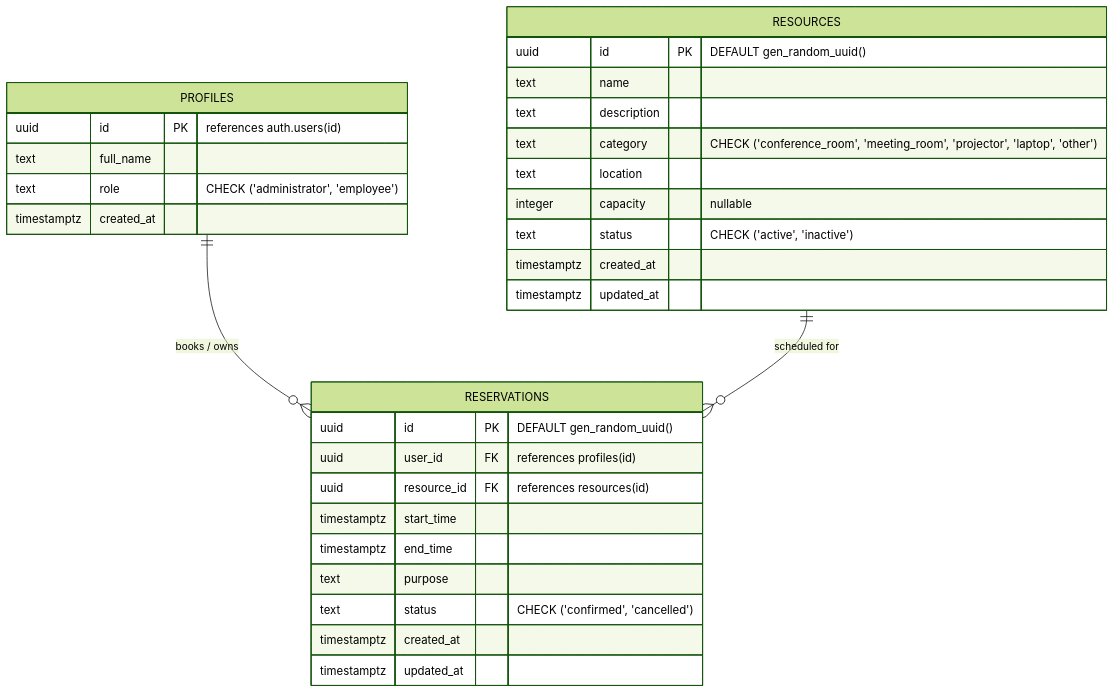
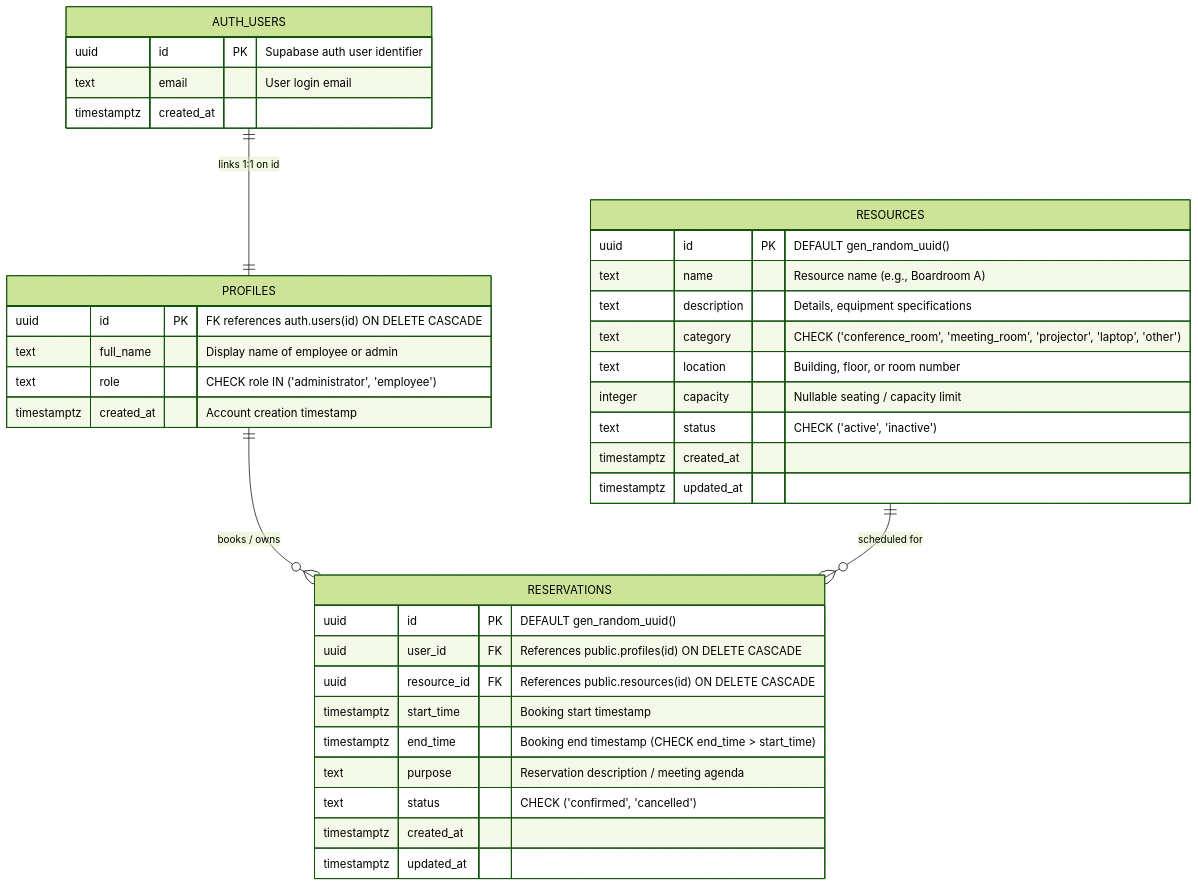
Before and after one commit to chehansansika/PrimeWave-Lab-: the diagram in README.md, drawn with Mermaid (forest theme). The commit also changed other lines of this file, not shown here.

Commit message:
docs: update README with tech stack, ER diagram, and technical decisions

````diff
--- a/README.md
+++ b/README.md
@@ -9,36 +27,43 @@
 ```mermaid
 erDiagram
+    AUTH_USERS ||--|| PROFILES : "links 1:1 on id"
     PROFILES ||--o{ RESERVATIONS : "books / owns"
     RESOURCES ||--o{ RESERVATIONS : "scheduled for"
 
+    AUTH_USERS {
+        uuid id PK "Supabase auth user identifier"
+        text email "User login email"
+        timestamptz created_at
+    }
+
     PROFILES {
-        uuid id PK "references auth.users(id)"
-        text full_name
-        text role "CHECK ('administrator', 'employee')"
-        timestamptz created_at
+        uuid id PK "FK references auth.users(id) ON DELETE CASCADE"
+        text full_name "Display name of employee or admin"
+        text role "CHECK role IN ('administrator', 'employee')"
+        timestamptz created_at "Account creation timestamp"
     }
 
     RESOURCES {
         uuid id PK "DEFAULT gen_random_uuid()"
-        text name
-        text description
+        text name "Resource name (e.g., Boardroom A)"
+        text description "Details, equipment specifications"
         text category "CHECK ('conference_room', 'meeting_room', 'projector', 'laptop', 'other')"
-        text location
-        integer capacity "nullable"
+        text location "Building, floor, or room number"
+        integer capacity "Nullable seating / capacity limit"
         text status "CHECK ('active', 'inactive')"
         timestamptz created_at
         timestamptz updated_at
     }
 
     RESERVATIONS {
         uuid id PK "DEFAULT gen_random_uuid()"
-        uuid user_id FK "references profiles(id)"
-        uuid resource_id FK "references resources(id)"
-        timestamptz start_time
-        timestamptz end_time
-        text purpose
+        uuid user_id FK "References public.profiles(id) ON DELETE CASCADE"
+        uuid resource_id FK "References public.resources(id) ON DELETE CASCADE"
+        timestamptz start_time "Booking start timestamp"
+        timestamptz end_time "Booking end timestamp (CHECK end_time > start_time)"
+        text purpose "Reservation description / meeting agenda"
         text status "CHECK ('confirmed', 'cancelled')"
         timestamptz created_at
         timestamptz updated_at
     }
 ```
````
